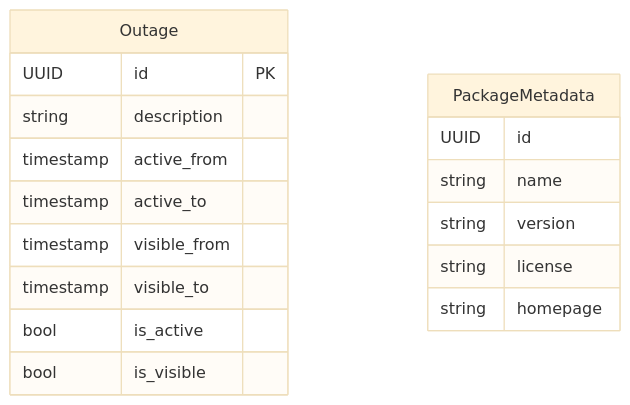
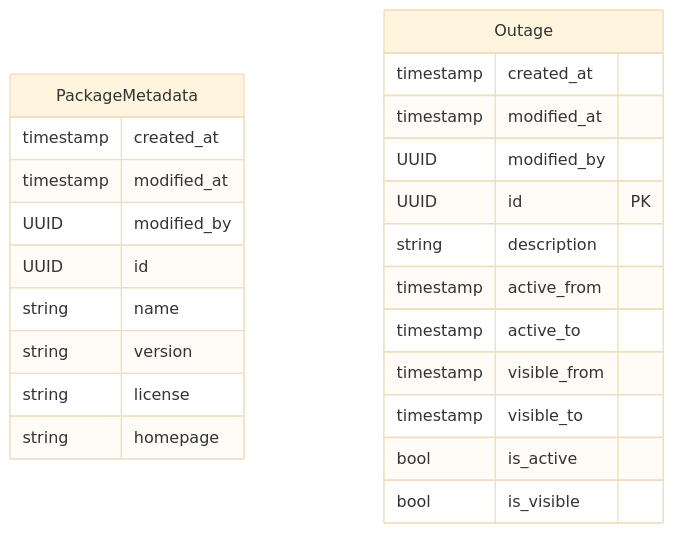
The diagram in docs/erm/omopdb.system.detailed.md (RIVM-bioinformatics/gen-epix-api), drawn with Mermaid (base theme) before and after one commit. The commit also changed 211 other files, not shown here.

````diff
--- a/docs/erm/omopdb.system.detailed.md
+++ b/docs/erm/omopdb.system.detailed.md
@@ -5,25 +5,31 @@
 ```mermaid
 erDiagram
     %% omopdb / SYSTEM (detailed)
 
     %% Entity definitions
+    PackageMetadata {
+        timestamp created_at
+        timestamp modified_at
+        UUID modified_by
+        UUID id
+        string name
+        string version
+        string license
+        string homepage
+    }
+
     Outage {
+        timestamp created_at
+        timestamp modified_at
+        UUID modified_by
         UUID id PK
         string description
         timestamp active_from
         timestamp active_to
         timestamp visible_from
         timestamp visible_to
         bool is_active
         bool is_visible
     }
 
-    PackageMetadata {
-        UUID id
-        string name
-        string version
-        string license
-        string homepage
-    }
-
 ```
````
